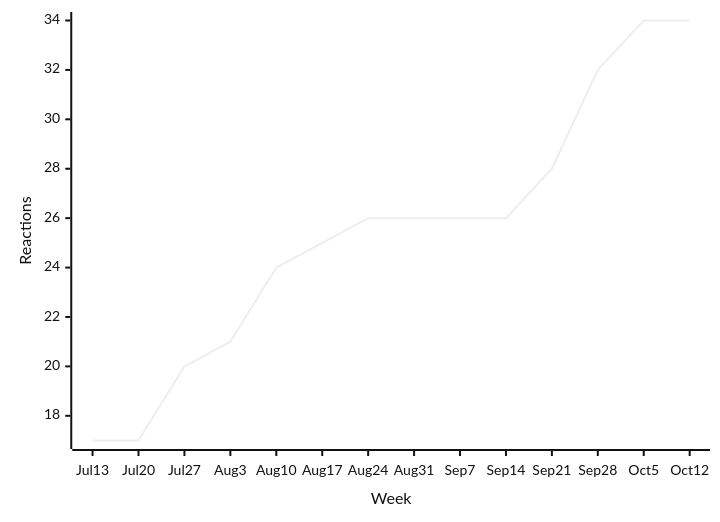
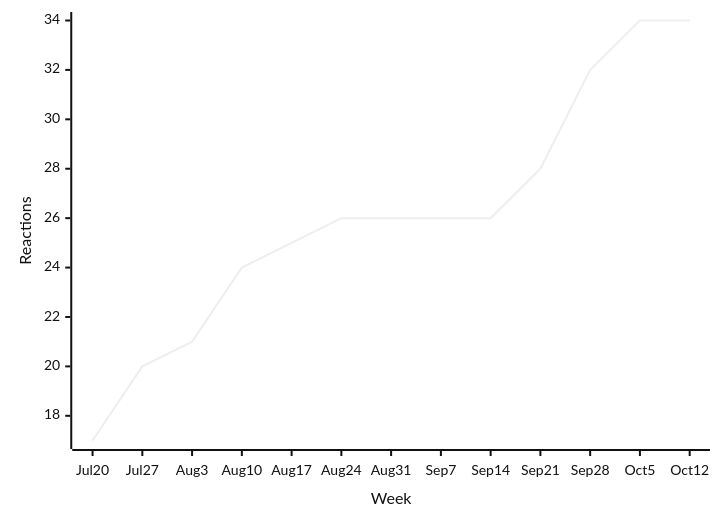
One commit to loic-sharma/github-insights changed the eighth of 38 diagrams in README.md. Above: the diagram before and after it, drawn with Mermaid (neutral theme). The commit also changed other lines of this file and 3 other files, not shown here.

````diff
--- a/README.md
+++ b/README.md
@@ -443,6 +443,6 @@
   ```mermaid
   xychart-beta
-    x-axis "Week" [Jul 13, Jul 20, Jul 27, Aug 3, Aug 10, Aug 17, Aug 24, Aug 31, Sep 7, Sep 14, Sep 21, Sep 28, Oct 5, Oct 12]
+    x-axis "Week" [Jul 20, Jul 27, Aug 3, Aug 10, Aug 17, Aug 24, Aug 31, Sep 7, Sep 14, Sep 21, Sep 28, Oct 5, Oct 12]
     y-axis "Reactions"
-    line [17, 17, 20, 21, 24, 25, 26, 26, 26, 26, 28, 32, 34, 34]
+    line [17, 20, 21, 24, 25, 26, 26, 26, 26, 28, 32, 34, 34]
   ```
````
